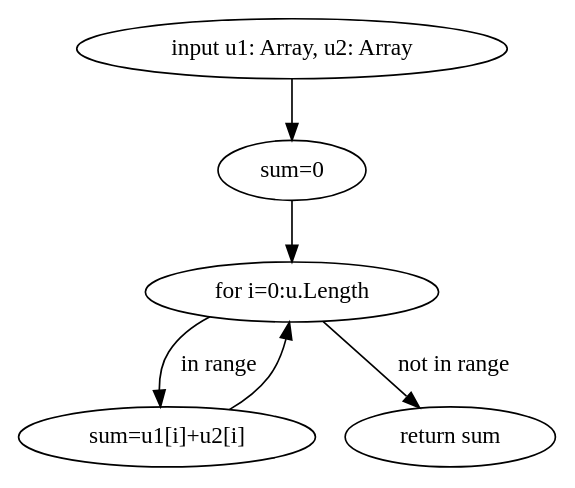
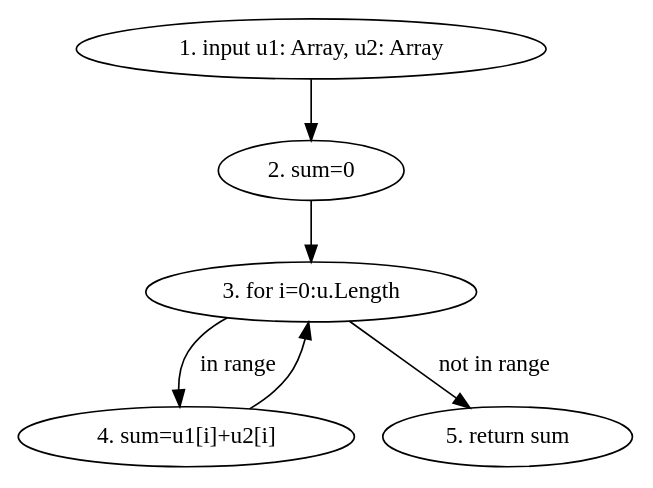
The diagram in test_graphs/scripts/vector/arrayDot.dot (drakexcaptainop/p5t), drawn with Graphviz before and after one commit. The commit also changed 46 other files, not shown here.

Commit message:
scripts for graphs

```diff
--- a/test_graphs/scripts/vector/arrayDot.dot
+++ b/test_graphs/scripts/vector/arrayDot.dot
@@ -1,12 +1,12 @@
 digraph G {
-    INP [label="input u1: Array, u2: Array"]
-    SUM [label="sum=0"]
-    FOR [label="for i=0:u.Length"]
-    ADD [label="sum=u1[i]+u2[i]"]
-    RET [label="return sum"]
+    INP [label="1. input u1: Array, u2: Array"]
+    SUM [label="2. sum=0"]
+    FOR [label="3. for i=0:u.Length"]
+    ADD [label="4. sum=u1[i]+u2[i]"]
+    RET [label="5. return sum"]
 
     INP -> SUM -> FOR 
     FOR -> ADD  [label="in range"]
     FOR -> RET [label="not in range"] 
     ADD -> FOR 
 }
```
